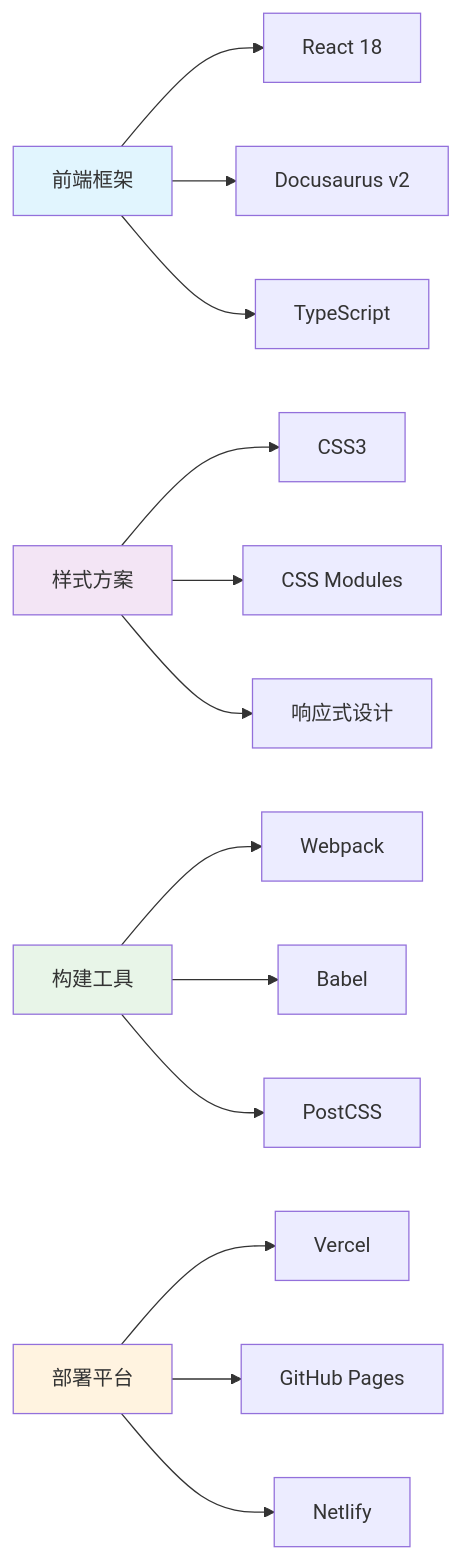
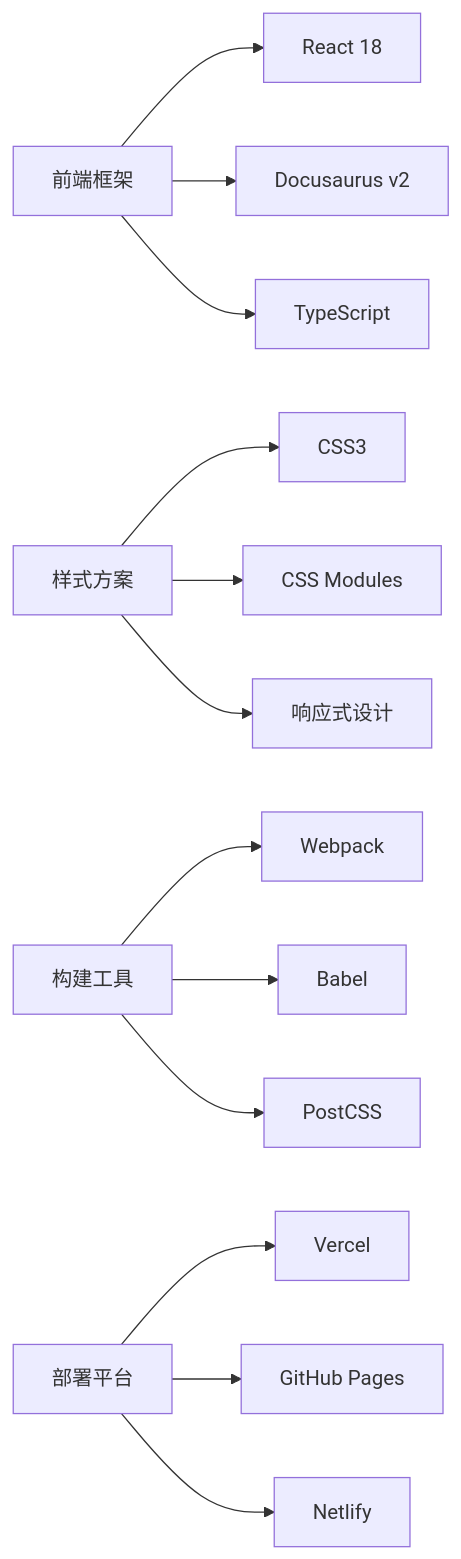
Before and after one commit to ChanMeng666/ai-programming-teaching-project: the third of 6 diagrams in versioned_docs/version-2024-winter/advanced/cases/sasa-project.mdx, drawn with Mermaid. The commit also changed other lines of this file and 94 other files, not shown here.

First line of the commit message:
refactor(docs): unify MDX style and add Mermaid dual-view component

````diff
--- a/versioned_docs/version-2024-winter/advanced/cases/sasa-project.mdx
+++ b/versioned_docs/version-2024-winter/advanced/cases/sasa-project.mdx
@@ -147,23 +122,18 @@
 ```mermaid
 graph LR
     A[前端框架] --> B[React 18]
     A --> C[Docusaurus v2]
     A --> D[TypeScript]
     
     E[样式方案] --> F[CSS3]
     E --> G[CSS Modules]
     E --> H[响应式设计]
     
     I[构建工具] --> J[Webpack]
     I --> K[Babel]
     I --> L[PostCSS]
     
     M[部署平台] --> N[Vercel]
     M --> O[GitHub Pages]
     M --> P[Netlify]
-    
-    style A fill:#e1f5fe
-    style E fill:#f3e5f5
-    style I fill:#e8f5e8
-    style M fill:#fff3e0
 ```
````
